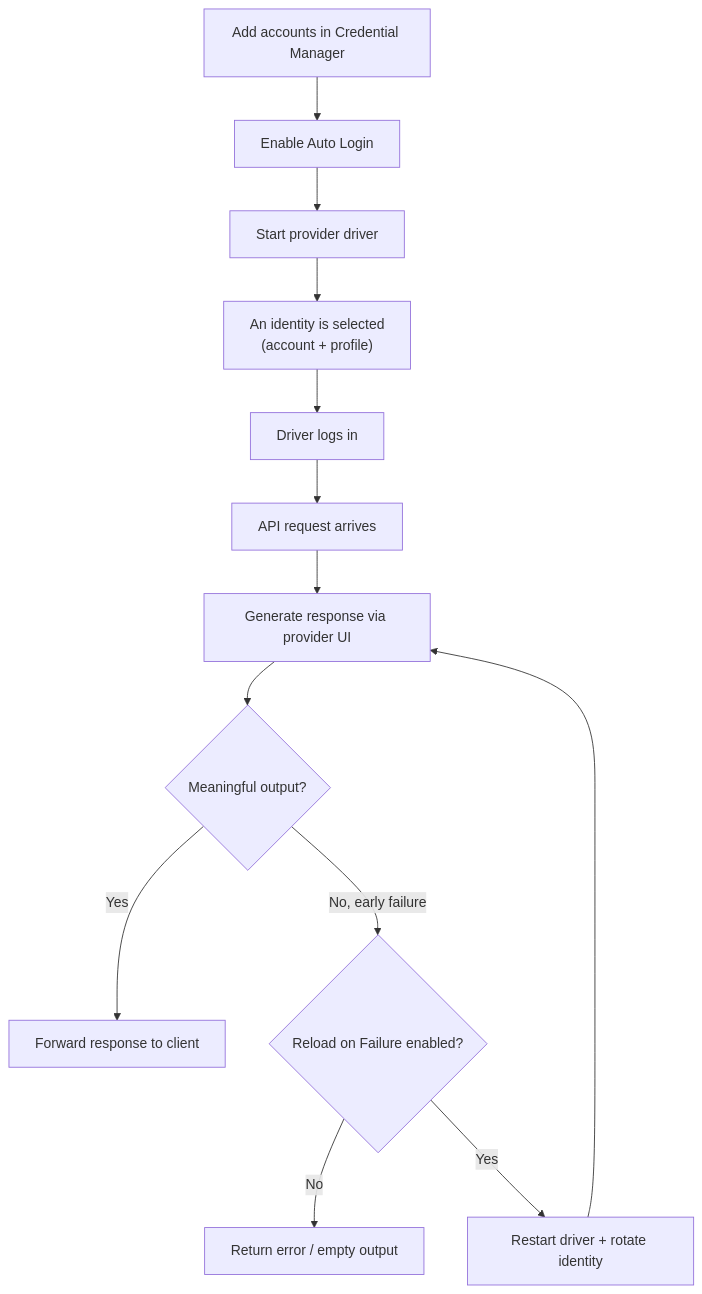
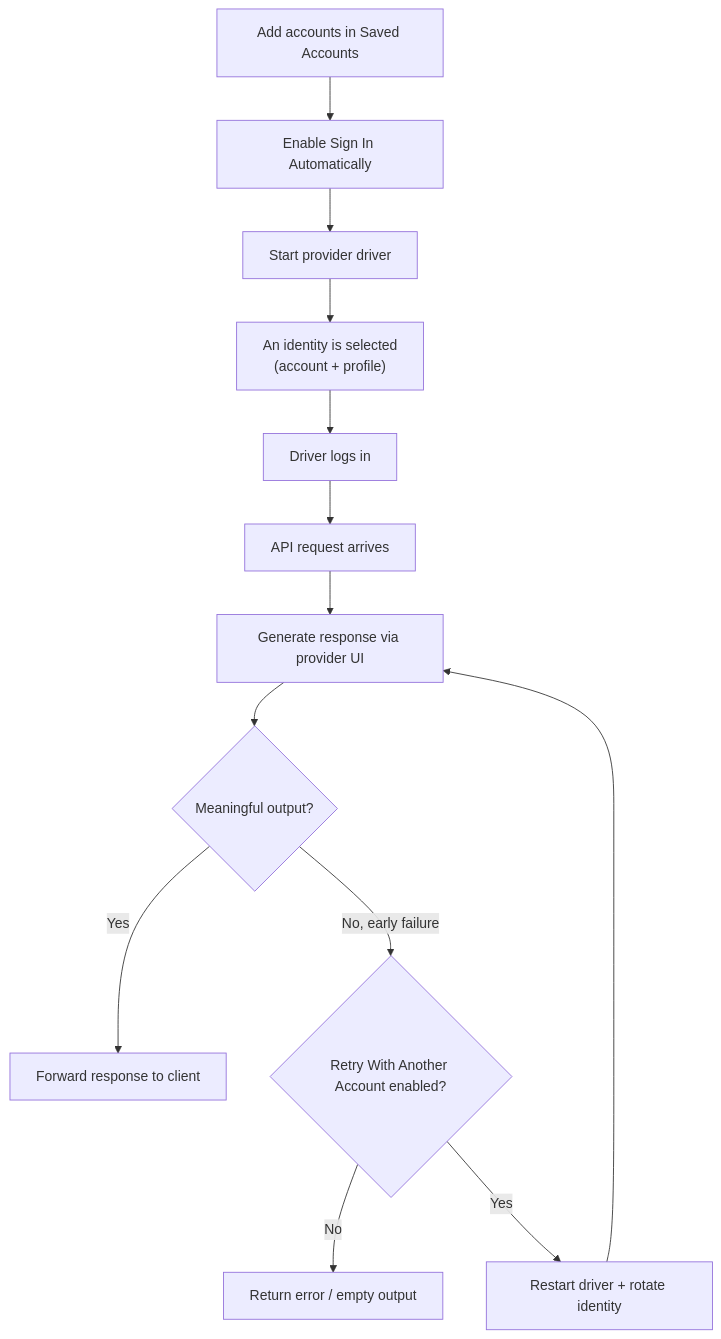
Before and after one commit to TiredDog76/intense-rp-next: the diagram in docs/features/accounts.md, drawn with Mermaid. The commit also changed other lines of this file and 27 other files, not shown here.

````diff
--- a/docs/features/accounts.md
+++ b/docs/features/accounts.md
@@ -28,15 +28,15 @@
 ```mermaid
 flowchart TD
-    A[Add accounts in Credential Manager] --> B[Enable Auto Login]
+    A[Add accounts in Saved Accounts] --> B[Enable Sign In Automatically]
     B --> C[Start provider driver]
     C --> D["An identity is selected<br/>(account + profile)"]
     D --> E[Driver logs in]
     E --> F[API request arrives]
     F --> G[Generate response via provider UI]
     G --> H{Meaningful output?}
     H -->|Yes| I[Forward response to client]
-    H -->|No, early failure| J{Reload on Failure enabled?}
+    H -->|No, early failure| J{Retry With Another Account enabled?}
     J -->|No| K[Return error / empty output]
     J -->|Yes| L[Restart driver + rotate identity]
     L --> G
 ```
````
